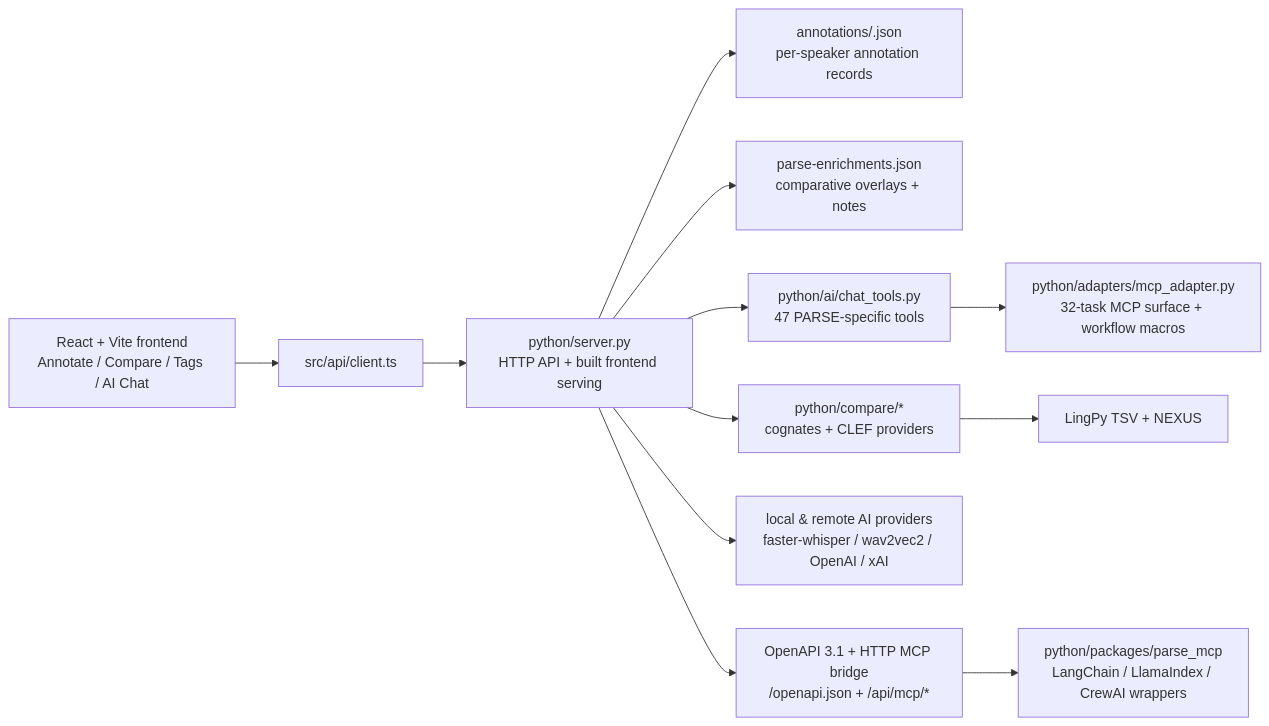
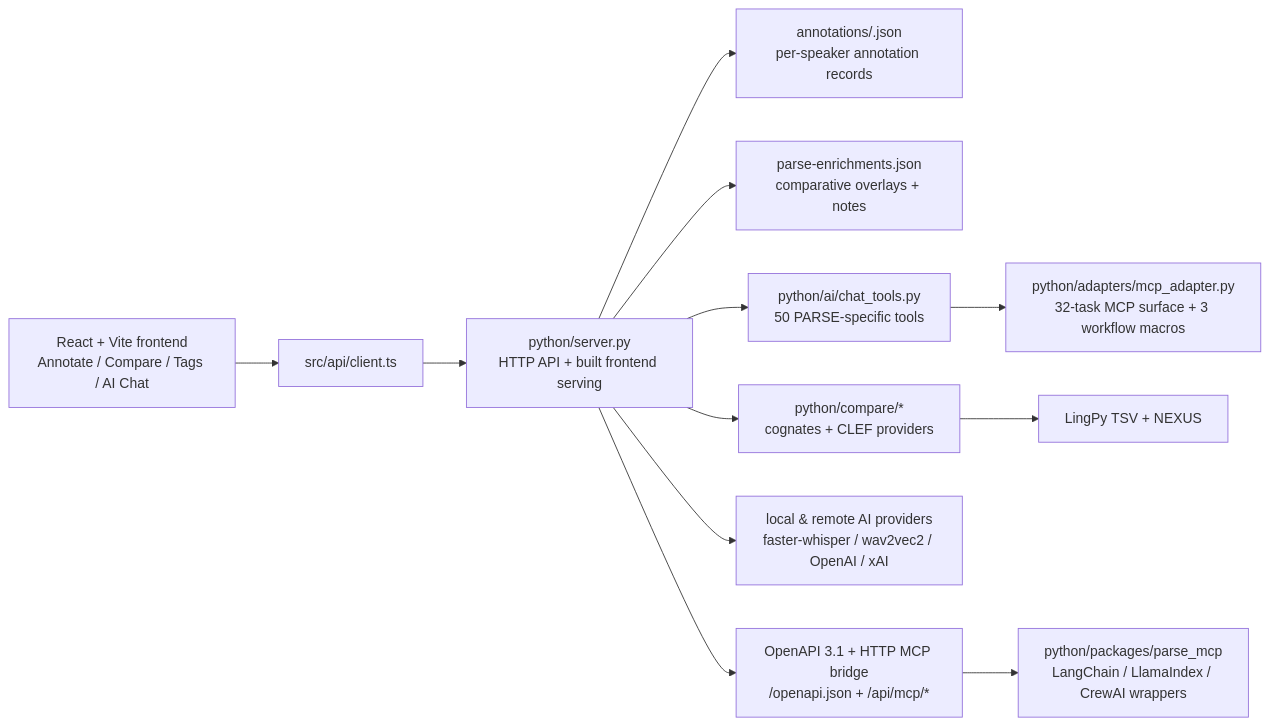
The first of 5 diagrams in docs/architecture.md (ArdeleanLucas/PARSE-pre-rebuild-archive), drawn with Mermaid before and after one commit. The commit also changed other lines of this file and 6 other files, not shown here.

````diff
--- a/docs/architecture.md
+++ b/docs/architecture.md
@@ -11,14 +11,14 @@
 ```mermaid
 flowchart LR
     Browser[React + Vite frontend\nAnnotate / Compare / Tags / AI Chat] --> Client[src/api/client.ts]
     Client --> Server[python/server.py\nHTTP API + built frontend serving]
     Server --> Annotations[annotations/<Speaker>.json\nper-speaker annotation records]
     Server --> Enrichments[parse-enrichments.json\ncomparative overlays + notes]
-    Server --> ChatTools[python/ai/chat_tools.py\n47 PARSE-specific tools]
+    Server --> ChatTools[python/ai/chat_tools.py\n50 PARSE-specific tools]
     Server --> Compare[python/compare/*\ncognates + CLEF providers]
     Server --> Models[local & remote AI providers\nfaster-whisper / wav2vec2 / OpenAI / xAI]
     Server --> External[OpenAPI 3.1 + HTTP MCP bridge\n/openapi.json + /api/mcp/*]
-    ChatTools --> MCP[python/adapters/mcp_adapter.py\n32-task MCP surface + workflow macros]
+    ChatTools --> MCP[python/adapters/mcp_adapter.py\n32-task MCP surface + 3 workflow macros]
     External --> PyPkg[python/packages/parse_mcp\nLangChain / LlamaIndex / CrewAI wrappers]
     Compare --> Exports[LingPy TSV + NEXUS]
 ```
````
